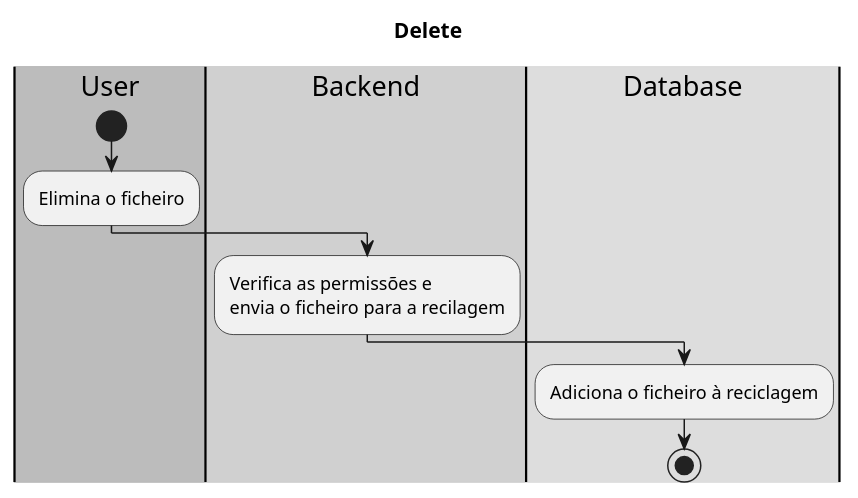
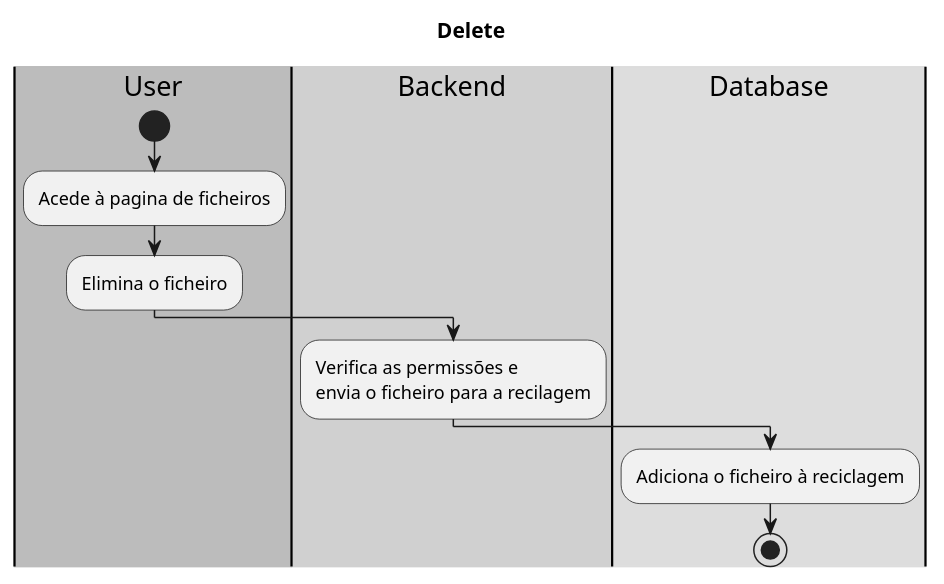
One commit to ricardofalcao/My-Cloud changed the diagram in docs/activity-diagrams/delete.puml. Above: the diagram before and after it, drawn with PlantUML. The commit also changed 11 other files, not shown here.

Commit message:
Activity diagrams review

```diff
--- a/docs/activity-diagrams/delete.puml
+++ b/docs/activity-diagrams/delete.puml
@@ -1,21 +1,22 @@
 @startuml
 
 skinparam Monochrome true
 
 title Delete
 
 |#bcbcbc|User|
 |#d0d0d0|Backend|
 |#dddddd|Database|
 
 |User|
 start
+    :Acede à pagina de ficheiros;
     :Elimina o ficheiro;
     |Backend|
     :Verifica as permissões e \nenvia o ficheiro para a recilagem;
     |Database|
     :Adiciona o ficheiro à reciclagem;
 stop
 
 
 @enduml
```
